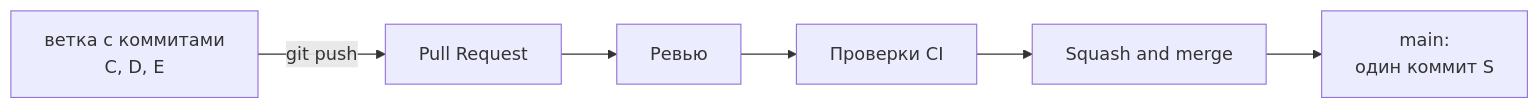
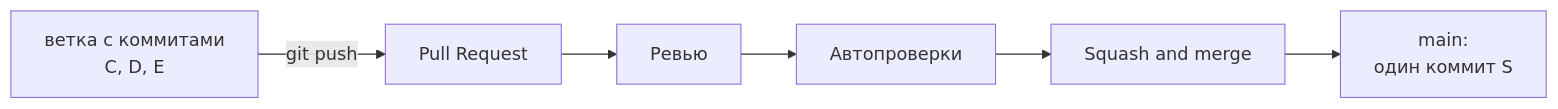
One commit to distinguished-sre/learning changed the sixth of 8 diagrams in devops/03-git-ci/02-remotes-workflow.md. Above: the diagram before and after it, drawn with Mermaid. The commit also changed other lines of this file and 462 other files, not shown here.

````diff
--- a/devops/03-git-ci/02-remotes-workflow.md
+++ b/devops/03-git-ci/02-remotes-workflow.md
@@ -439,6 +439,6 @@
 ```mermaid
 flowchart LR
     B["ветка с коммитами<br>C, D, E"] -->|"git push"| P["Pull Request"]
-    P --> R["Ревью"] --> K["Проверки CI"] --> S["Squash and merge"]
+    P --> R["Ревью"] --> K["Автопроверки"] --> S["Squash and merge"]
     S --> M["main:<br>один коммит S"]
 ```
````
